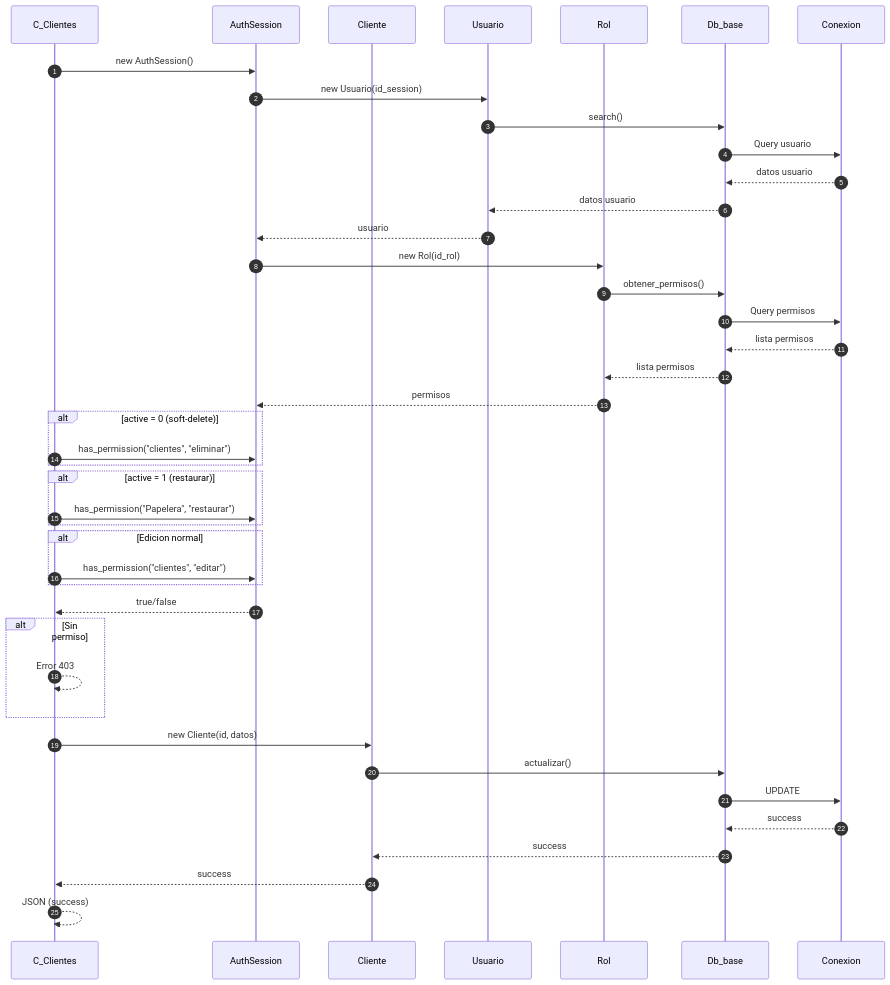
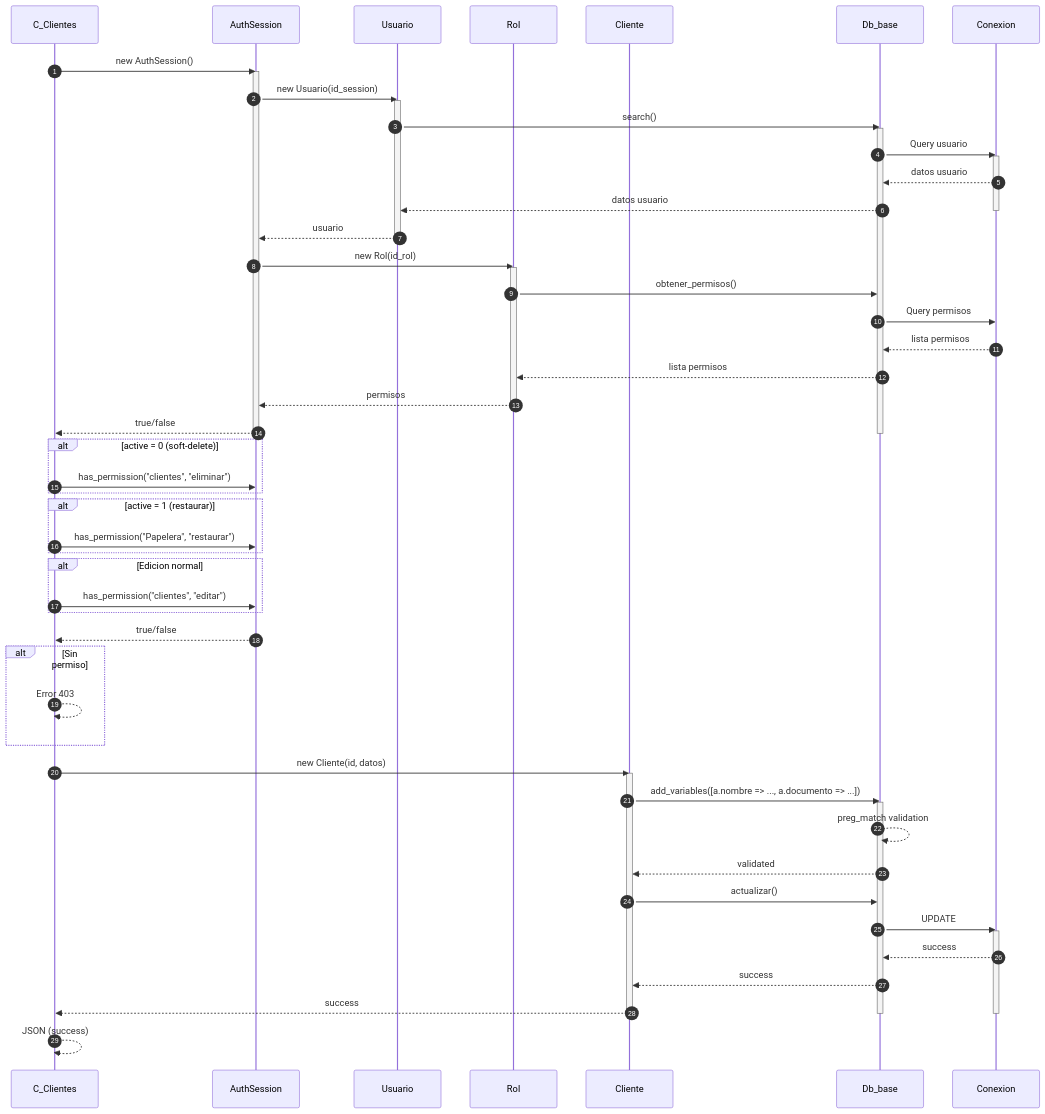
The fourth of 5 diagrams in docs/secuencia/clientes/clientes.md (Tecrato/BurgerHouse), drawn with Mermaid before and after one commit. The commit also changed other lines of this file and 16 other files, not shown here.

First line of the commit message:
Annotate mermaid sequences & throttle generator

````diff
--- a/docs/secuencia/clientes/clientes.md
+++ b/docs/secuencia/clientes/clientes.md
@@ -122,53 +157,72 @@
 ```mermaid
 sequenceDiagram
     autonumber
     participant C_Clientes as C_Clientes
     participant AuthSession as AuthSession
-    participant Cliente as Cliente
     participant Usuario as Usuario
     participant Rol as Rol
+    participant Cliente as Cliente
     participant Db_base as Db_base
     participant Conexion as Conexion
     
     C_Clientes->>AuthSession: new AuthSession()
+    activate AuthSession
     AuthSession->>Usuario: new Usuario(id_session)
+    activate Usuario
     Usuario->>Db_base: search()
+    activate Db_base
     Db_base->>Conexion: Query usuario
+    activate Conexion
     Conexion-->>Db_base: datos usuario
     Db_base-->>Usuario: datos usuario
+    deactivate Conexion
     Usuario-->>AuthSession: usuario
-    
+    deactivate Usuario
     AuthSession->>Rol: new Rol(id_rol)
+    activate Rol
     Rol->>Db_base: obtener_permisos()
     Db_base->>Conexion: Query permisos
     Conexion-->>Db_base: lista permisos
     Db_base-->>Rol: lista permisos
     Rol-->>AuthSession: permisos
+    deactivate Rol
+    AuthSession-->>C_Clientes: true/false
+    deactivate AuthSession
+    deactivate Db_base
     
     alt active = 0 (soft-delete)
         C_Clientes->>AuthSession: has_permission("clientes", "eliminar")
     end
     
     alt active = 1 (restaurar)
         C_Clientes->>AuthSession: has_permission("Papelera", "restaurar")
     end
     
     alt Edicion normal
         C_Clientes->>AuthSession: has_permission("clientes", "editar")
     end
     
     AuthSession-->>C_Clientes: true/false
     
     alt Sin permiso
         C_Clientes-->>C_Clientes: Error 403
     end
     
     C_Clientes->>Cliente: new Cliente(id, datos)
+    activate Cliente
+    Cliente->>Db_base: add_variables([a.nombre => ..., a.documento => ...])
+    activate Db_base
+    Db_base-->>Db_base: preg_match validation
+    Db_base-->>Cliente: validated
     Cliente->>Db_base: actualizar()
     Db_base->>Conexion: UPDATE
+    activate Conexion
     Conexion-->>Db_base: success
     Db_base-->>Cliente: success
     Cliente-->>C_Clientes: success
+    deactivate Cliente
+    deactivate Conexion
+    deactivate Db_base
     
     C_Clientes-->>C_Clientes: JSON (success)
 ```
````
